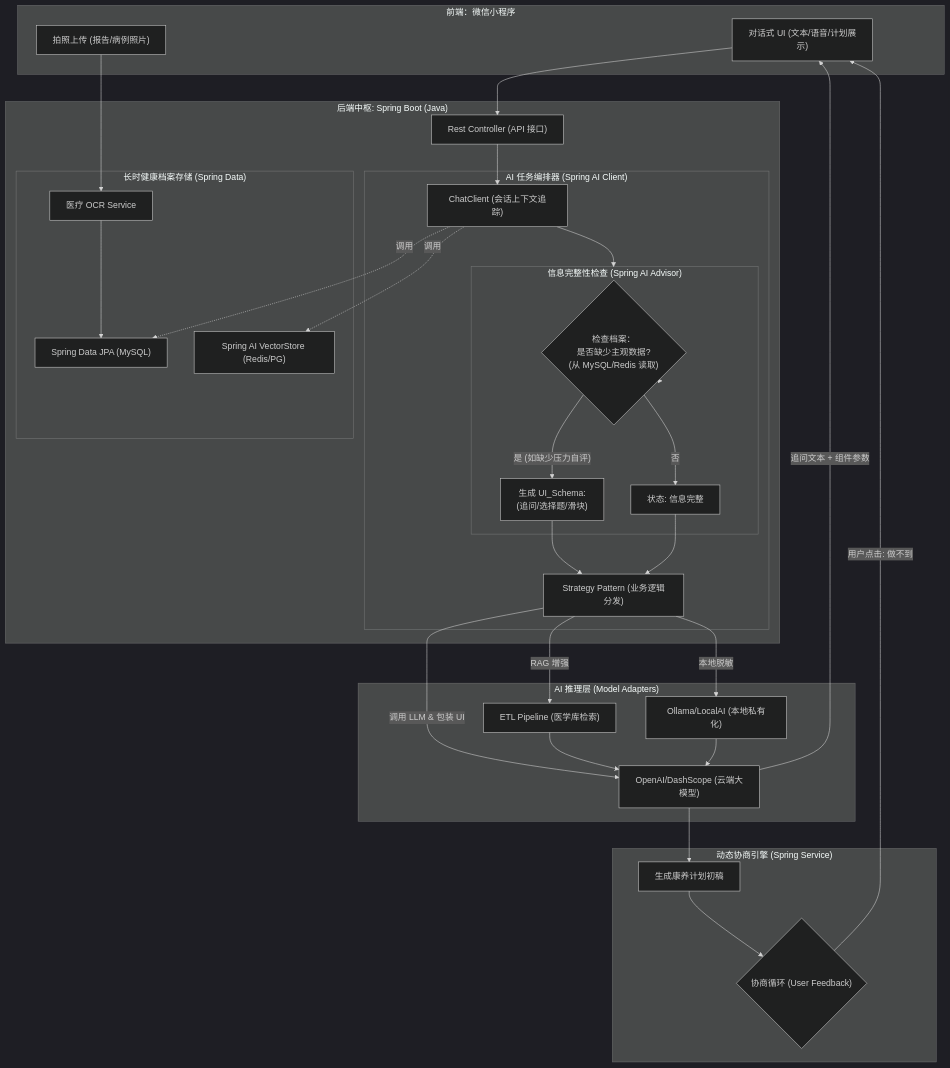
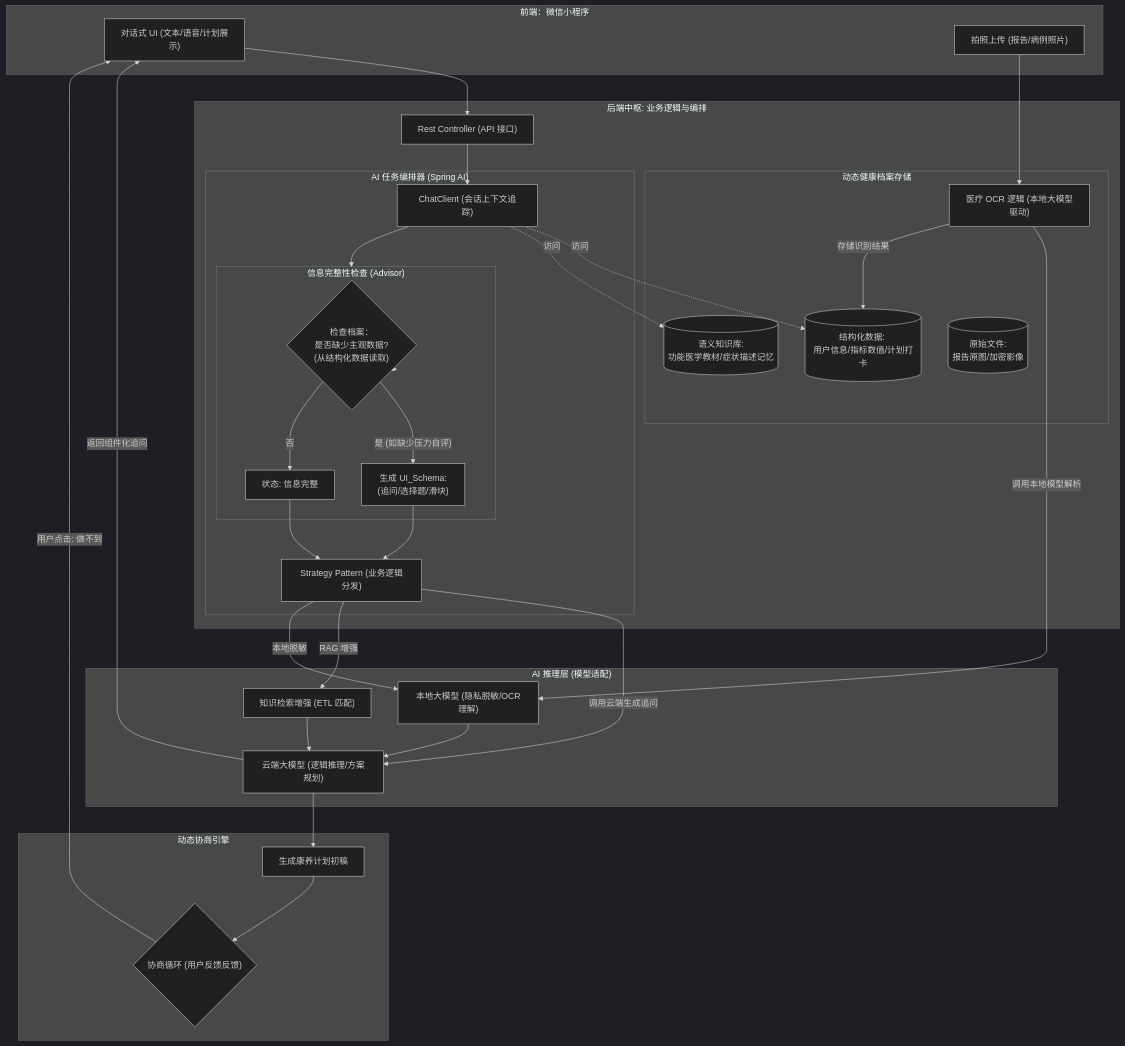
The diagram in structure.md (liyang1981969/test), drawn with Mermaid (dark theme) before and after one commit.

````diff
--- a/structure.md
+++ b/structure.md
@@ -1,78 +1,81 @@
 ```mermaid
 graph TD
     %% 1. 前端交互层
     subgraph Client ["前端：微信小程序"]
         UI["对话式 UI (文本/语音/计划展示)"]
         Cam["拍照上传 (报告/病例照片)"]
     end
 
-    %% 2. 后端服务与中枢 (Spring Boot 实现)
-    subgraph Backend ["后端中枢: Spring Boot (Java)"]
+    %% 2. 后端中枢 (Java / Spring AI)
+    subgraph Backend ["后端中枢: 业务逻辑与编排"]
         Gate["Rest Controller (API 接口)"]
         
-        %% 细化后的 Orchestrator (Spring AI 核心)
-        subgraph Orchestrator ["AI 任务编排器 (Spring AI Client)"]
+        %% Orchestrator
+        subgraph Orchestrator ["AI 任务编排器 (Spring AI)"]
             ChatClient["ChatClient (会话上下文追踪)"]
             
-            subgraph InfoCheck ["信息完整性检查 (Spring AI Advisor)"]
-                CheckLogic{"检查档案：<br/>是否缺少主观数据?<br/>(从 MySQL/Redis 读取)"}
+            subgraph InfoCheck ["信息完整性检查 (Advisor)"]
+                CheckLogic{"检查档案：<br/>是否缺少主观数据?<br/>(从结构化数据读取)"}
                 AwaitingInput["生成 UI_Schema:<br/>(追问/选择题/滑块)"]
                 InformationComplete["状态: 信息完整"]
             end
             
             Strategy["Strategy Pattern (业务逻辑分发)"]
         end
 
-        %% 持久化层
-        subgraph Storage ["长时健康档案存储 (Spring Data)"]
-            OCR_Tool["医疗 OCR Service"]
-            JPA_Repo["Spring Data JPA (MySQL)"]
-            VectorStore["Spring AI VectorStore (Redis/PG)"]
+        %% 存储层 (去技术名，强调内容)
+        subgraph Storage ["动态健康档案存储"]
+            OCR_Tool["医疗 OCR 逻辑 (本地大模型驱动)"]
+            StructuredDB[("结构化数据: <br/>用户信息/指标数值/计划打卡")]
+            VectorDB[("语义知识库: <br/>功能医学教材/症状描述记忆")]
+            FileStore[("原始文件: <br/>报告原图/加密影像")]
         end
     end
 
-    %% 3. AI 推理与知识层 (Spring AI 模型适配)
-    subgraph AICore ["AI 推理层 (Model Adapters)"]
-        RAG["ETL Pipeline (医学库检索)"]
-        CloudModel["OpenAI/DashScope (云端大模型)"]
-        LocalModel["Ollama/LocalAI (本地私有化)"]
+    %% 3. AI 推理层
+    subgraph AICore ["AI 推理层 (模型适配)"]
+        RAG["知识检索增强 (ETL 匹配)"]
+        CloudModel["云端大模型 (逻辑推理/方案规划)"]
+        LocalModel["本地大模型 (隐私脱敏/OCR理解)"]
     end
 
     %% 4. 落地协商层
-    subgraph Negotiation ["动态协商引擎 (Spring Service)"]
+    subgraph Negotiation ["动态协商引擎"]
         DraftPlan["生成康养计划初稿"]
-        Loop{"协商循环 (User Feedback)"}
+        Loop{"协商循环 (用户反馈反馈)"}
     end
 
     %% 逻辑流转
     UI --> Gate
-    Cam --> OCR_Tool --> JPA_Repo
+    Cam --> OCR_Tool
+    OCR_Tool -- "调用本地模型解析" --> LocalModel
+    OCR_Tool -- "存储识别结果" --> StructuredDB
     Gate --> ChatClient
     
     %% 档案汇聚
-    ChatClient -. 调用 .-> JPA_Repo
-    ChatClient -. 调用 .-> VectorStore
+    ChatClient -. 访问 .-> StructuredDB
+    ChatClient -. 访问 .-> VectorDB
     
-    %% 进入信息检查环节 (Advisor 拦截器逻辑)
+    %% 信息检查环节
     ChatClient --> InfoCheck
     InfoCheck --> CheckLogic
     
-    %% 逻辑分支 - A (信息缺失)
+    %% 分支 A: 信息缺失
     CheckLogic -- "是 (如缺少压力自评)" --> AwaitingInput
     AwaitingInput --> Strategy
-    Strategy -- "调用 LLM & 包装 UI" --> CloudModel
-    CloudModel -- "追问文本 + 组件参数" --> UI
+    Strategy -- "调用云端生成追问" --> CloudModel
+    CloudModel -- "返回组件化追问" --> UI
     
-    %% 逻辑分支 - B (信息完整)
+    %% 分支 B: 信息完整
     CheckLogic -- "否" --> InformationComplete
     InformationComplete --> Strategy
     Strategy -- "RAG 增强" --> RAG
     Strategy -- "本地脱敏" --> LocalModel
     
-    %% 生成计划
+    %% 最终生成
     RAG --> CloudModel
     LocalModel --> CloudModel
     CloudModel --> DraftPlan
     DraftPlan --> Loop
     Loop -- "用户点击: 做不到" --> UI
 ```
````
